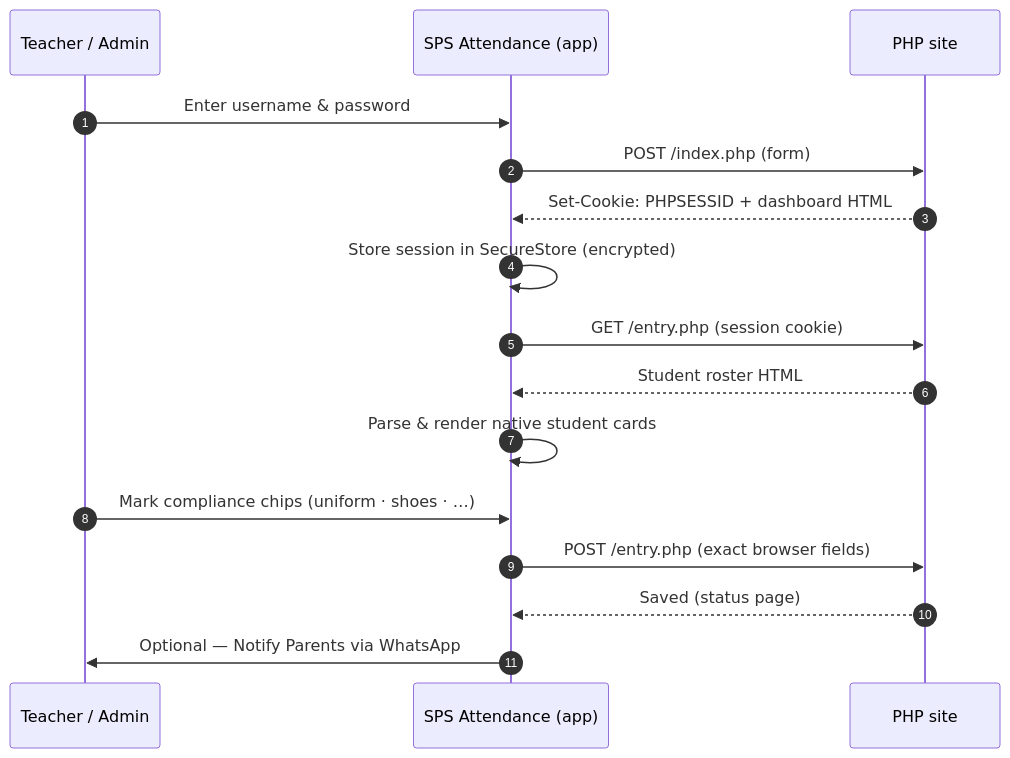
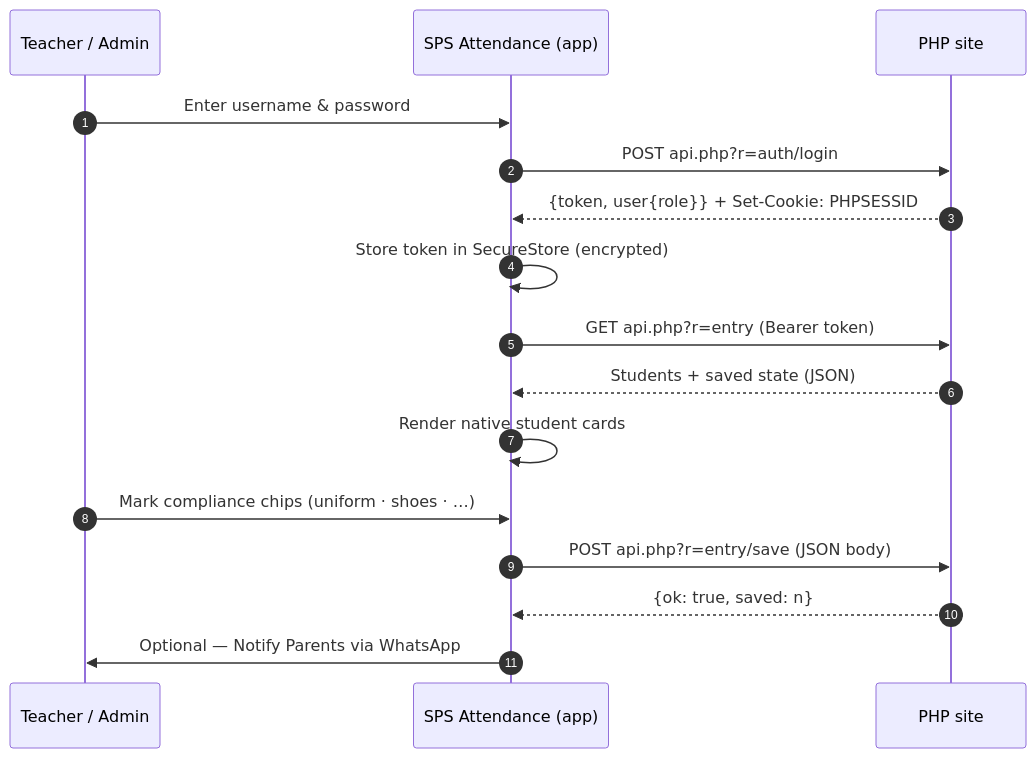
The second of 2 diagrams in README.md (vagu3s0ul/Bio-Attendance), drawn with Mermaid before and after one commit. The commit also changed other lines of this file and 84 other files, not shown here.

````diff
--- a/README.md
+++ b/README.md
@@ -93,18 +148,18 @@
 ```mermaid
 sequenceDiagram
     autonumber
     participant U as Teacher / Admin
     participant A as SPS Attendance (app)
     participant S as PHP site
     U->>A: Enter username & password
-    A->>S: POST /index.php (form)
-    S-->>A: Set-Cookie: PHPSESSID + dashboard HTML
-    A->>A: Store session in SecureStore (encrypted)
-    A->>S: GET /entry.php (session cookie)
-    S-->>A: Student roster HTML
-    A->>A: Parse & render native student cards
+    A->>S: POST api.php?r=auth/login
+    S-->>A: {token, user{role}} + Set-Cookie: PHPSESSID
+    A->>A: Store token in SecureStore (encrypted)
+    A->>S: GET api.php?r=entry (Bearer token)
+    S-->>A: Students + saved state (JSON)
+    A->>A: Render native student cards
     U->>A: Mark compliance chips (uniform · shoes · …)
-    A->>S: POST /entry.php (exact browser fields)
-    S-->>A: Saved (status page)
+    A->>S: POST api.php?r=entry/save (JSON body)
+    S-->>A: {ok: true, saved: n}
     A->>U: Optional — Notify Parents via WhatsApp
 ```
````
